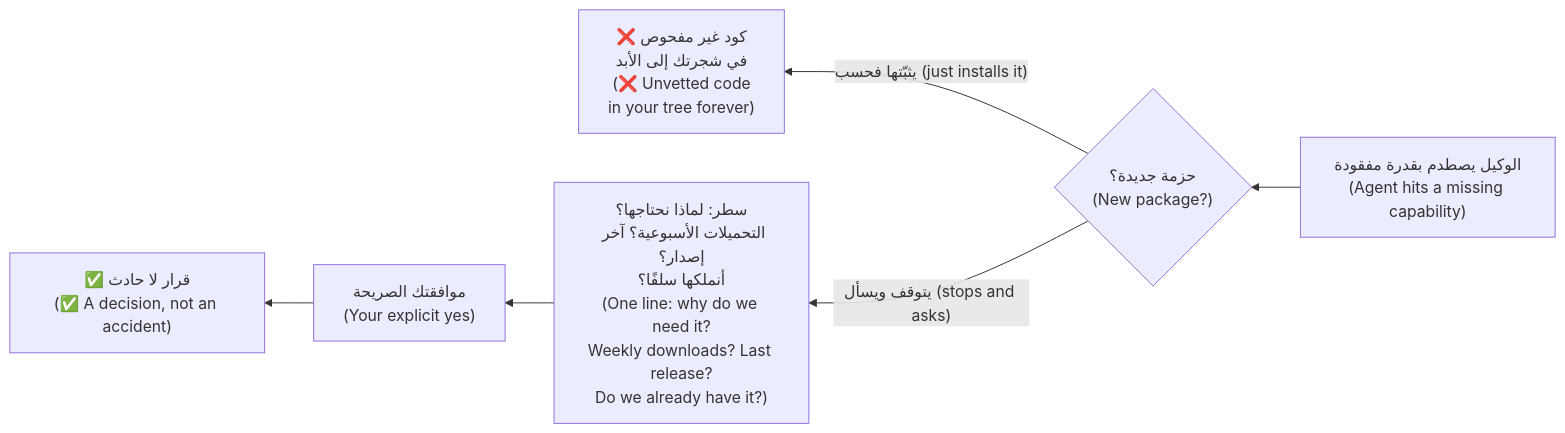
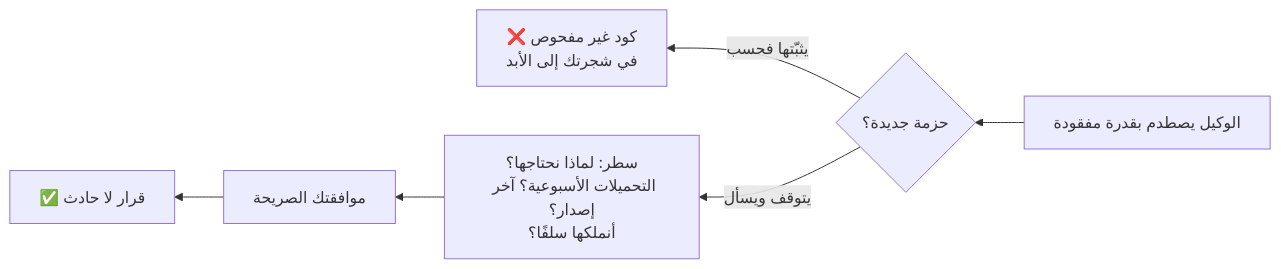
Before and after one commit to Tamoura/system-design-for-vibe-coders: the fifth of 5 diagrams in modules/08-safety-nets/module.ar.md, drawn with Mermaid. The commit also changed other lines of this file and 551 other files, not shown here.

````diff
--- a/modules/08-safety-nets/module.ar.md
+++ b/modules/08-safety-nets/module.ar.md
@@ -583,8 +583,8 @@
 ```mermaid
 flowchart RL
-    NEED["الوكيل يصطدم بقدرة مفقودة<br/>(Agent hits a missing capability)"] --> ASK{"حزمة جديدة؟<br/>(New package?)"}
-    ASK -->|"يثبّتها فحسب (just installs it)"| BAD["❌ كود غير مفحوص<br/>في شجرتك إلى الأبد<br/>(❌ Unvetted code<br/>in your tree forever)"]
-    ASK -->|"يتوقف ويسأل (stops and asks)"| CHECK["سطر: لماذا نحتاجها؟<br/>التحميلات الأسبوعية؟ آخر إصدار؟<br/>أنملكها سلفًا؟<br/>(One line: why do we need it?<br/>Weekly downloads? Last release?<br/>Do we already have it?)"]
-    CHECK --> YES["موافقتك الصريحة<br/>(Your explicit yes)"]
-    YES --> GOOD["✅ قرار لا حادث<br/>(✅ A decision, not an accident)"]
+    NEED["الوكيل يصطدم بقدرة مفقودة"] --> ASK{"حزمة جديدة؟"}
+    ASK -->|"يثبّتها فحسب"| BAD["❌ كود غير مفحوص<br/>في شجرتك إلى الأبد"]
+    ASK -->|"يتوقف ويسأل"| CHECK["سطر: لماذا نحتاجها؟<br/>التحميلات الأسبوعية؟ آخر إصدار؟<br/>أنملكها سلفًا؟"]
+    CHECK --> YES["موافقتك الصريحة"]
+    YES --> GOOD["✅ قرار لا حادث"]
 ```
````
